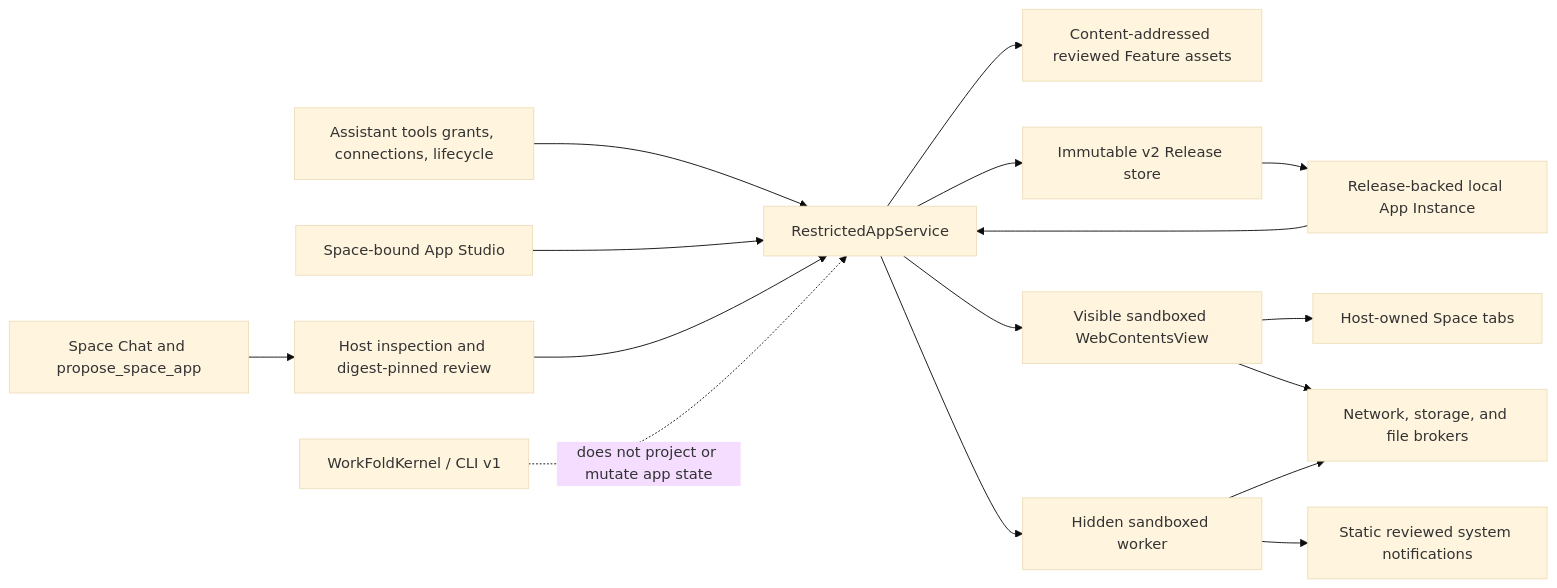
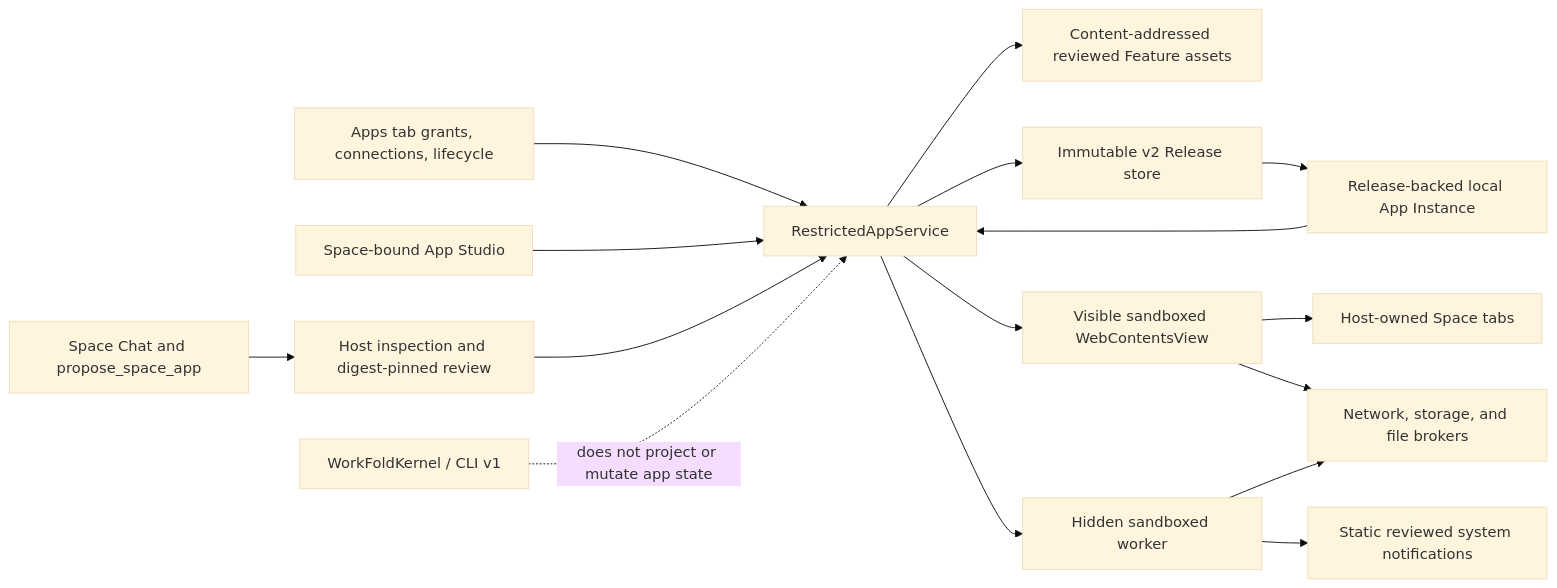
One commit to Mat-Tom-Son/work-fold changed the second of 2 diagrams in docs/architecture.md. Above: the diagram before and after it, drawn with Mermaid (base theme). The commit also changed other lines of this file and 32 other files, not shown here.

````diff
--- a/docs/architecture.md
+++ b/docs/architecture.md
@@ -80,18 +80,18 @@
 ```mermaid
 flowchart LR
   chat["Space Chat and propose_space_app"] --> review["Host inspection and digest-pinned review"]
-  capabilities["Assistant tools grants, connections, lifecycle"] --> service["RestrictedAppService"]
+  capabilities["Apps tab grants, connections, lifecycle"] --> service["RestrictedAppService"]
   studio["Space-bound App Studio"] --> service
   review --> service
   service --> staged["Content-addressed reviewed Feature assets"]
   service --> releases["Immutable v2 Release store"]
   releases --> instance["Release-backed local App Instance"]
   instance --> service
   service --> visible["Visible sandboxed WebContentsView"]
   service --> worker["Hidden sandboxed worker"]
   visible --> tabs["Host-owned Space tabs"]
   visible --> brokers["Network, storage, and file brokers"]
   worker --> brokers
   worker --> notifications["Static reviewed system notifications"]
   kernel["WorkFoldKernel / CLI v1"] -. "does not project or mutate app state" .-> service
 ```
````
